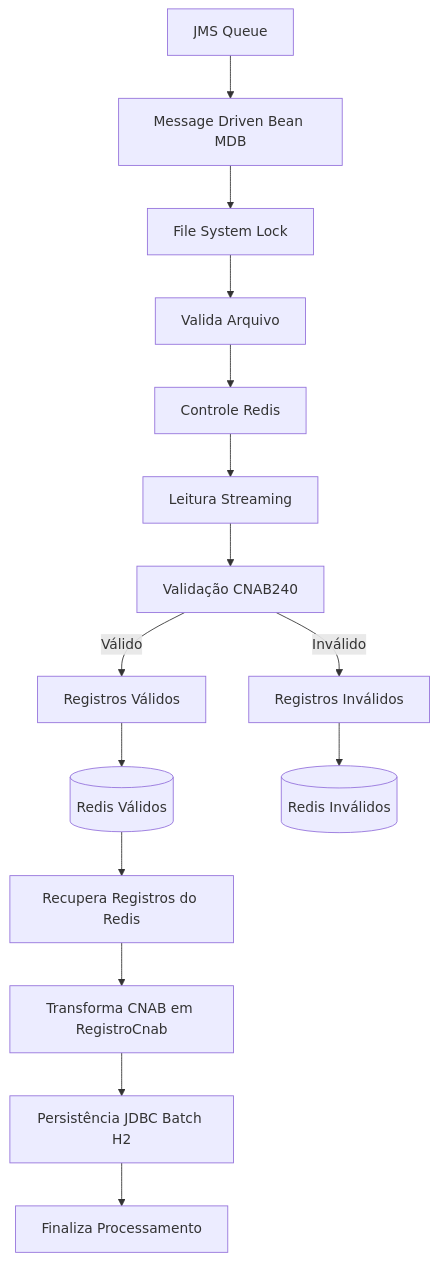
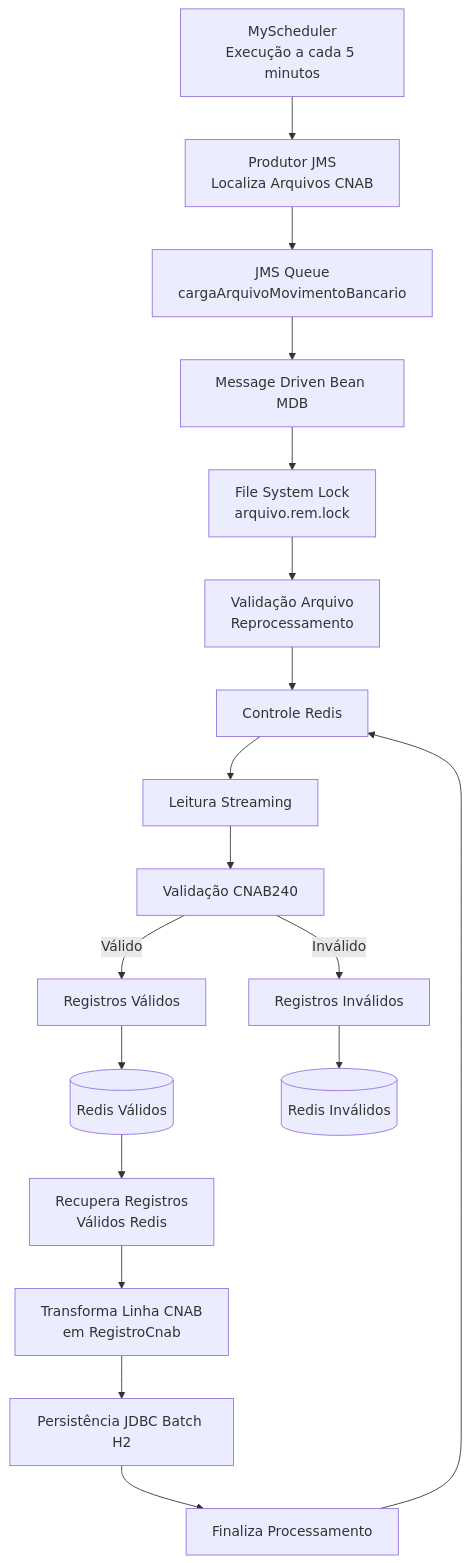
Before and after one commit to ramiralvesmelo/movbancario: the first of 8 diagrams in README.md, drawn with Mermaid. The commit also changed other lines of this file and 1 other file, not shown here.

````diff
--- a/README.md
+++ b/README.md
@@ -19,50 +19,71 @@
 ```mermaid
 flowchart TD
 
-    JMS[JMS Queue]
+    SCHED[MyScheduler<br/>Execução a cada 5 minutos]
+
+    JMSPRODUCER[Produtor JMS<br/>Localiza Arquivos CNAB]
+
+    JMSQUEUE[JMS Queue<br/>cargaArquivoMovimentoBancario]
+
     MDB[Message Driven Bean MDB]
 
-    LOCK[File System Lock]
-    VALIDA[Valida Arquivo]
+    LOCK[File System Lock<br/>arquivo.rem.lock]
+
+    VALIDAARQ[Validação Arquivo<br/>Reprocessamento]
 
     REDISCTRL[Controle Redis]
 
     STREAM[Leitura Streaming]
+
     CNAB[Validação CNAB240]
 
     VALIDO[Registros Válidos]
+
     INVALIDO[Registros Inválidos]
 
     REDISVALIDO[(Redis Válidos)]
+
     REDISINVALIDO[(Redis Inválidos)]
 
-    RECUPERA[Recupera Registros do Redis]
+    RECUPERA[Recupera Registros<br/>Válidos Redis]
 
-    TRANSFORMA[Transforma CNAB em RegistroCnab]
+    TRANSFORMA[Transforma Linha CNAB<br/>em RegistroCnab]
 
     H2[Persistência JDBC Batch H2]
 
     FINALIZA[Finaliza Processamento]
 
-    JMS --> MDB
+    SCHED --> JMSPRODUCER
+
+    JMSPRODUCER --> JMSQUEUE
+
+    JMSQUEUE --> MDB
+
     MDB --> LOCK
-    LOCK --> VALIDA
-    VALIDA --> REDISCTRL
+
+    LOCK --> VALIDAARQ
+
+    VALIDAARQ --> REDISCTRL
 
     REDISCTRL --> STREAM
+
     STREAM --> CNAB
 
     CNAB -->|Válido| VALIDO
+
     CNAB -->|Inválido| INVALIDO
 
     VALIDO --> REDISVALIDO
+
     INVALIDO --> REDISINVALIDO
 
     REDISVALIDO --> RECUPERA
 
     RECUPERA --> TRANSFORMA
 
     TRANSFORMA --> H2
 
     H2 --> FINALIZA
+
+    FINALIZA --> REDISCTRL
 ```
````
